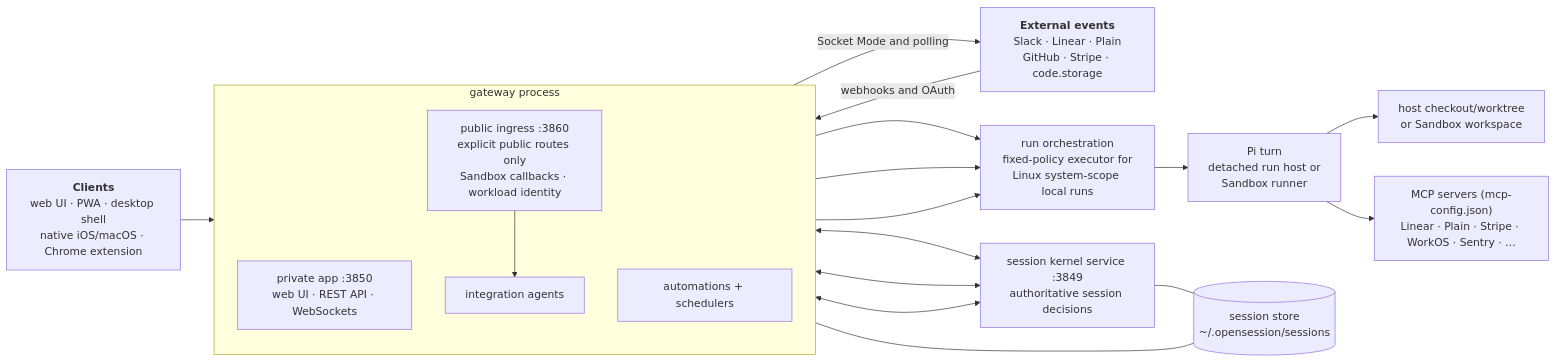
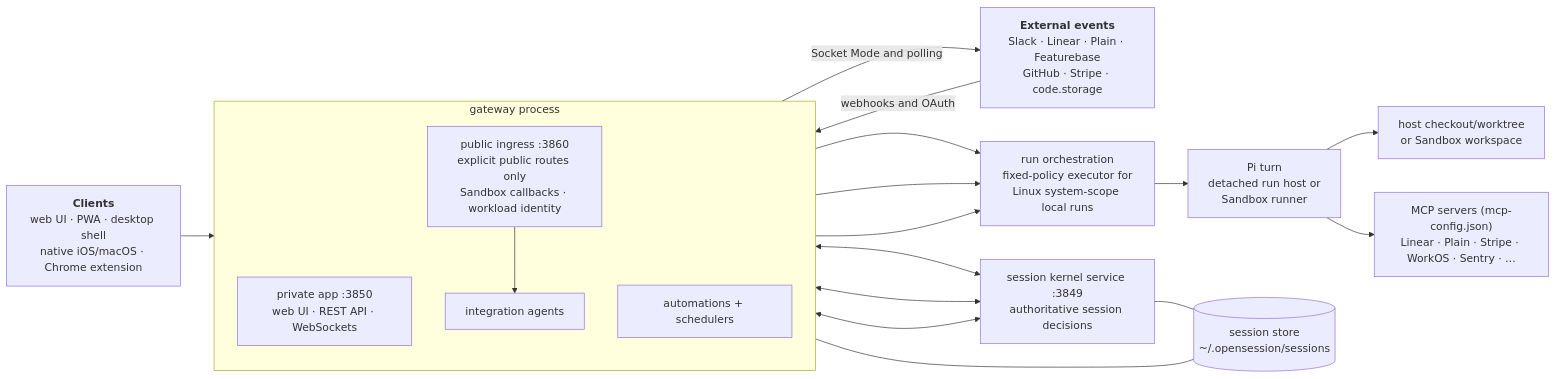
One commit to Recovr-Rehab/opensession changed the diagram in docs/setup/README.md. Above: the diagram before and after it, drawn with Mermaid. The commit also changed other lines of this file and 53 other files, not shown here.

````diff
--- a/docs/setup/README.md
+++ b/docs/setup/README.md
@@ -27,33 +27,33 @@
 ```mermaid
 flowchart LR
   clients["<b>Clients</b><br/>web UI · PWA · desktop shell<br/>native iOS/macOS · Chrome extension"]
-  hooks["<b>External events</b><br/>Slack · Linear · Plain<br/>GitHub · Stripe · code.storage"]
+  hooks["<b>External events</b><br/>Slack · Linear · Plain · Featurebase<br/>GitHub · Stripe · code.storage"]
 
   subgraph gateway["gateway process"]
     direction TB
     http["private app :3850<br/>web UI · REST API · WebSockets"]
     wh["public ingress :3860<br/>explicit public routes only<br/>Sandbox callbacks · workload identity"]
     agents["integration agents"]
     autos["automations + schedulers"]
     wh --> agents
   end
 
   kernel["session kernel service :3849<br/>authoritative session decisions"]
   launch["run orchestration<br/>fixed-policy executor for<br/>Linux system-scope local runs"]
   runner["Pi turn<br/>detached run host or<br/>Sandbox runner"]
 
   clients --> http
   hooks -->|webhooks and OAuth| wh
   agents -->|Socket Mode and polling| hooks
   http <--> kernel
   agents <--> kernel
   autos <--> kernel
   http --> launch
   agents --> launch
   autos --> launch
   launch --> runner
   kernel --- store[("session store<br/>~/.opensession/sessions")]
   http --- store
   runner --> exec["host checkout/worktree<br/>or Sandbox workspace"]
   runner --> mcp["MCP servers (mcp-config.json)<br/>Linear · Plain · Stripe · WorkOS · Sentry · …"]
 ```
````
